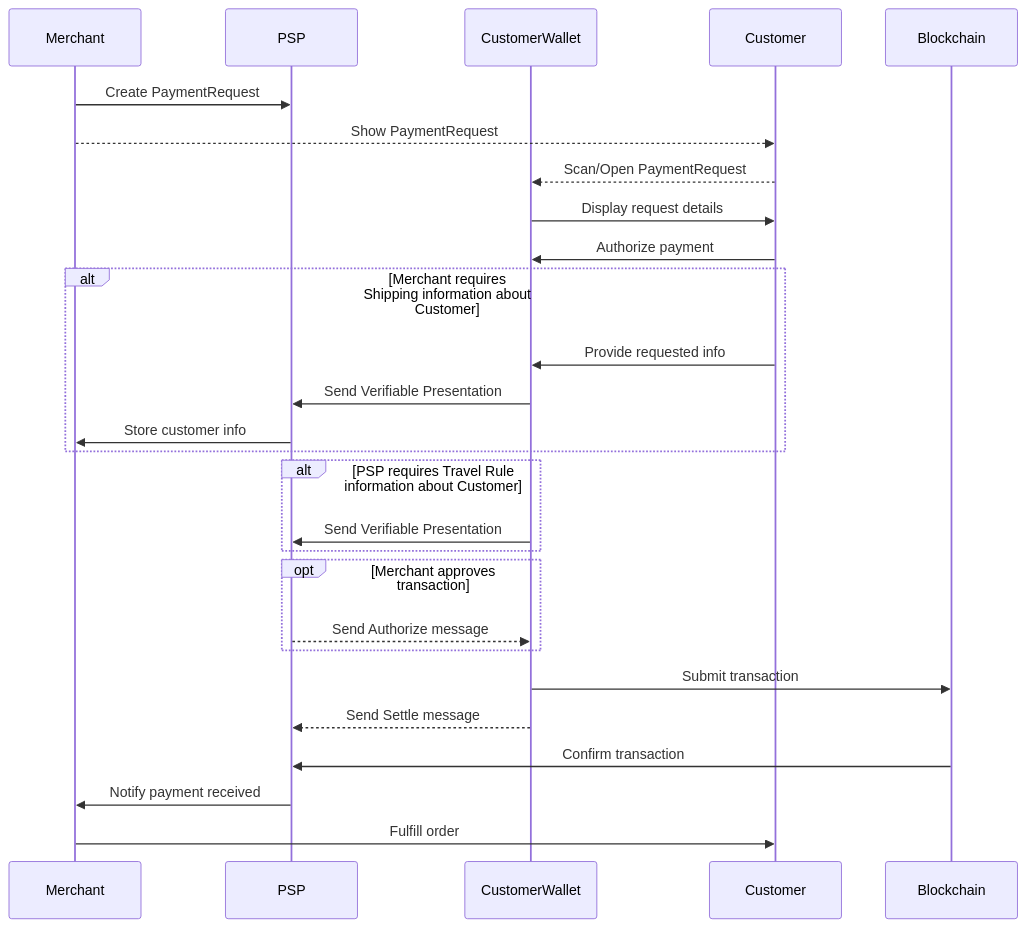
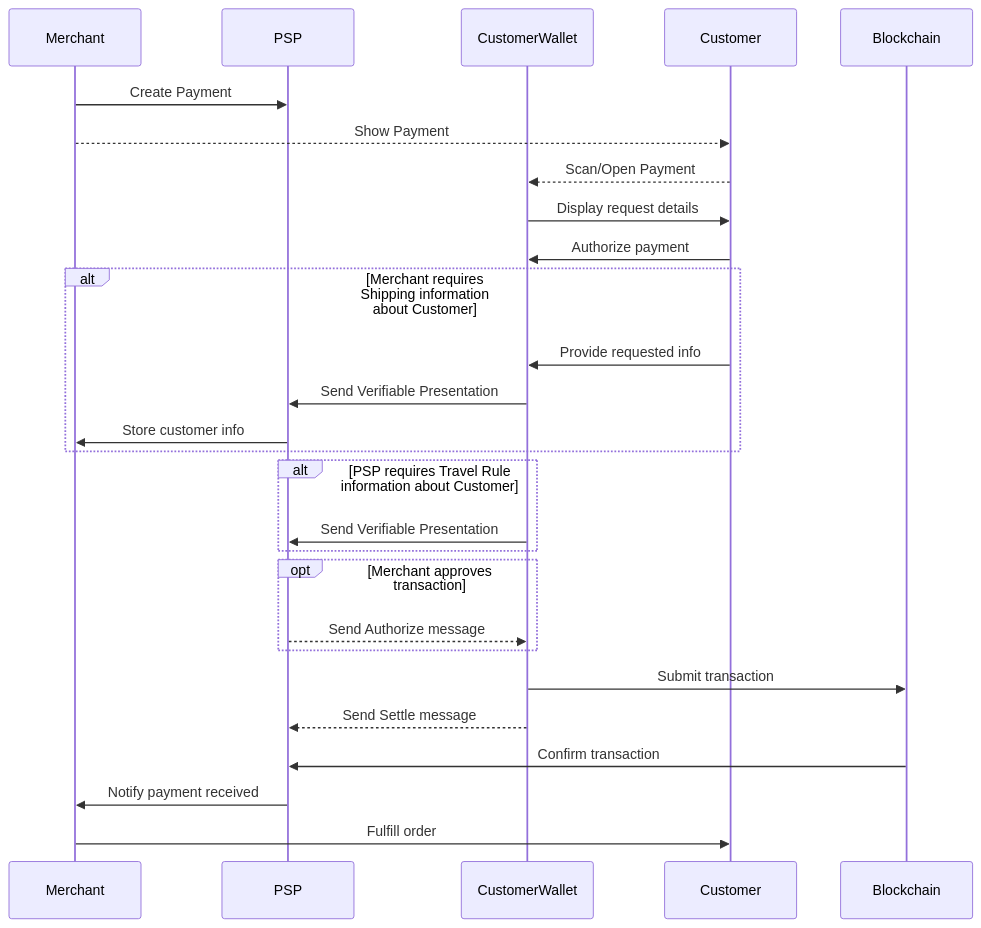
The third of 4 diagrams in TAIPs/taip-14.md (TransactionAuthorizationProtocol/TAIPs), drawn with Mermaid before and after one commit. The commit also changed other lines of this file and 6 other files, not shown here.

First line of the commit message:
Rename PaymentRequest to Payment throughout the codebase

````diff
--- a/TAIPs/taip-14.md
+++ b/TAIPs/taip-14.md
@@ -102,34 +98,34 @@
 ```mermaid
 sequenceDiagram
     participant Merchant
     participant PSP
     participant CustomerWallet
     participant Customer
     participant Blockchain
 
-    Merchant->>PSP: Create PaymentRequest
-    Merchant-->>Customer: Show PaymentRequest
-    Customer -->> CustomerWallet: Scan/Open PaymentRequest
+    Merchant->>PSP: Create Payment
+    Merchant-->>Customer: Show Payment
+    Customer -->> CustomerWallet: Scan/Open Payment
     CustomerWallet->>Customer: Display request details
     Customer->>CustomerWallet: Authorize payment
 
     alt Merchant requires Shipping information about Customer
         Customer->>CustomerWallet: Provide requested info
         CustomerWallet->>PSP: Send Verifiable Presentation
         PSP->>Merchant: Store customer info
     end
 
     alt PSP requires Travel Rule information about Customer
         CustomerWallet->>PSP: Send Verifiable Presentation
     end
 
     opt Merchant approves transaction
         PSP-->>CustomerWallet: Send Authorize message
     end
 
     CustomerWallet->>Blockchain: Submit transaction
     CustomerWallet-->>PSP: Send Settle message
     Blockchain->>PSP: Confirm transaction
     PSP->>Merchant: Notify payment received
     Merchant->>Customer: Fulfill order
 ```
````
